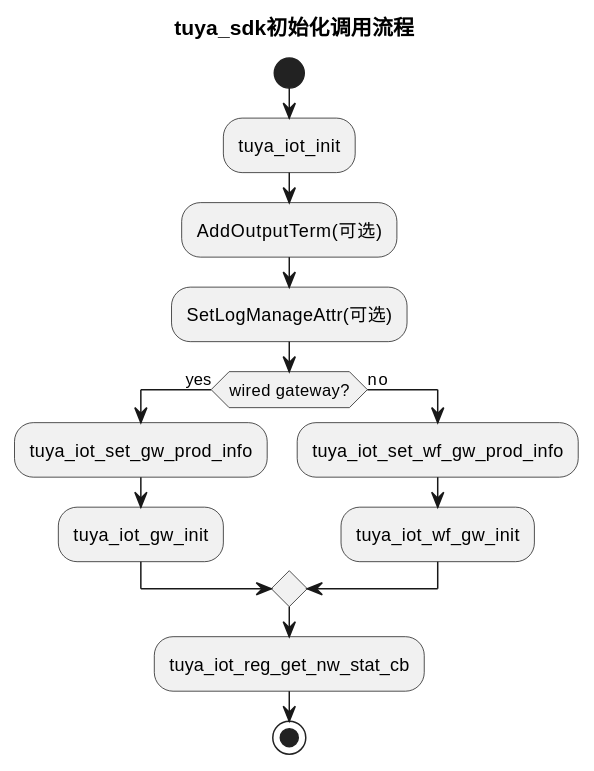
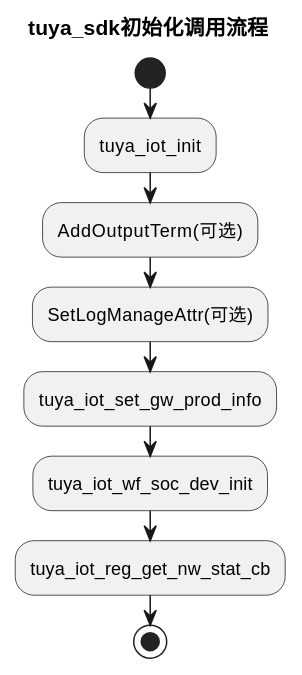
The diagram in zh-hans/resource/03-init.md (LinusZhao/TUYA_IOT_SDK_doc), drawn with PlantUML before and after one commit. The commit also changed 90 other files, not shown here.

````diff
--- a/zh-hans/resource/03-init.md
+++ b/zh-hans/resource/03-init.md
@@ -13,18 +13,13 @@
 ```uml
 @startuml
 title tuya_sdk初始化调用流程
 start
 :tuya_iot_init;
 :AddOutputTerm(可选);
 :SetLogManageAttr(可选);
-if (wired gateway?) then (yes)
 :tuya_iot_set_gw_prod_info;
-:tuya_iot_gw_init;
-else (no)
-:tuya_iot_set_wf_gw_prod_info;
-:tuya_iot_wf_gw_init;
-endif
+:tuya_iot_wf_soc_dev_init;
 :tuya_iot_reg_get_nw_stat_cb;
 stop
 @enduml
 ```
````
